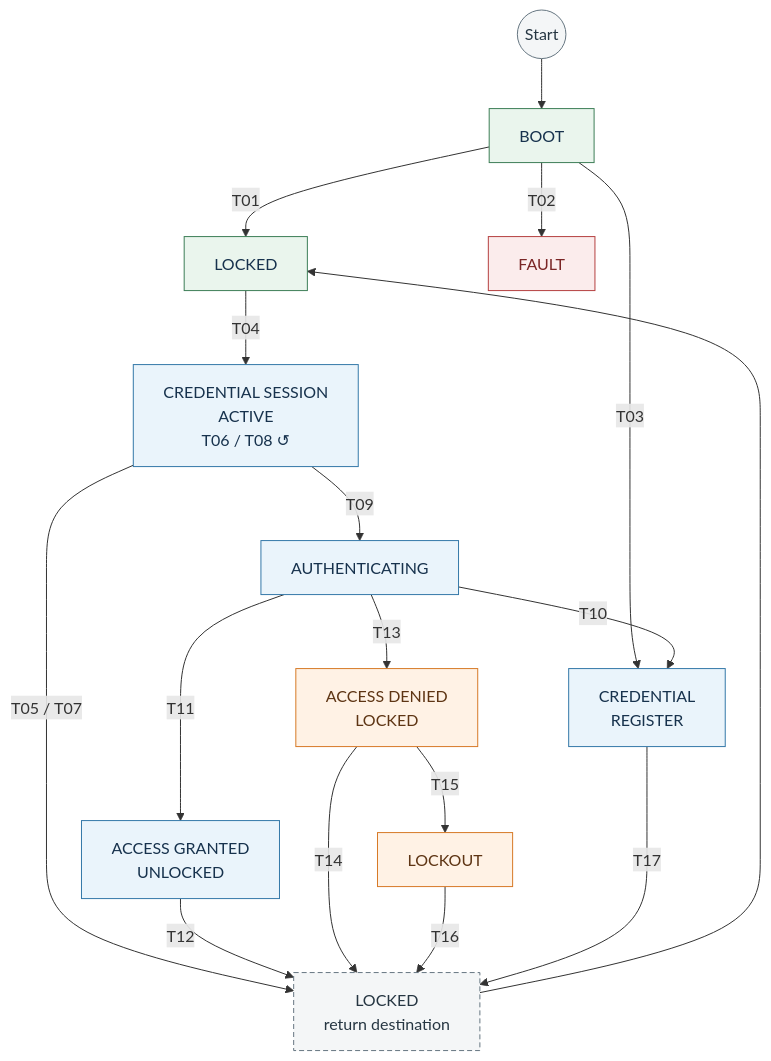
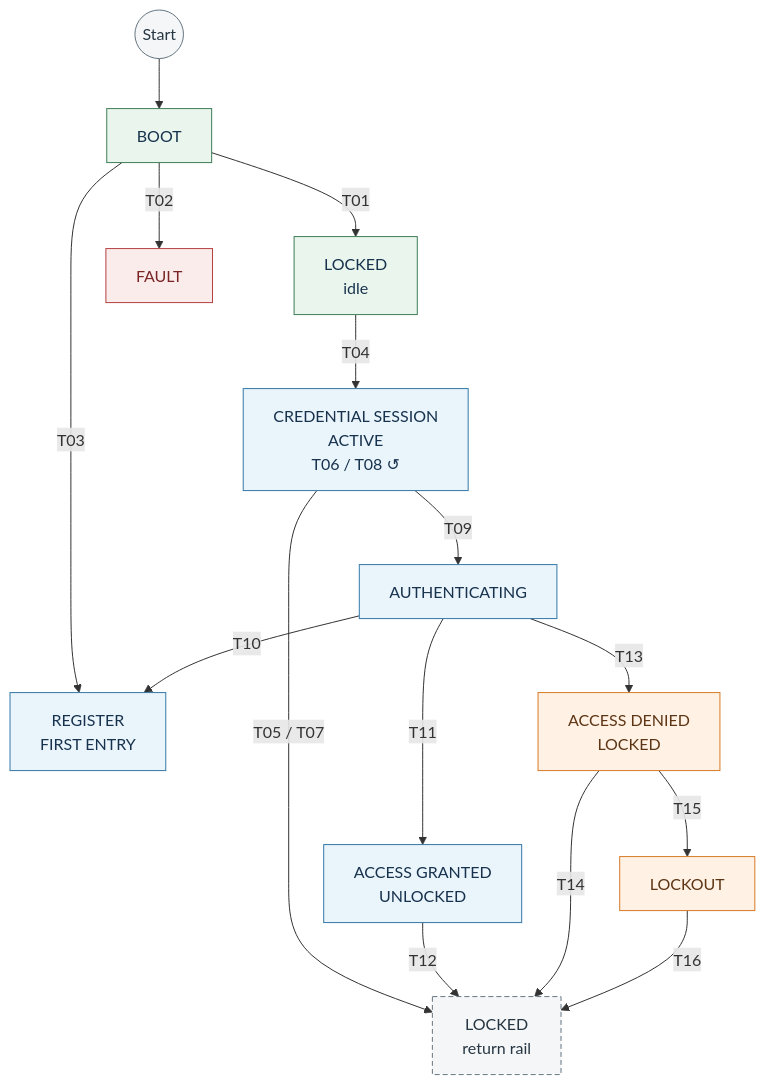
Before and after one commit to JP-REY/STM32F103C8T6-Based-Electronic-Lock: the second of 6 diagrams in Libs/Services/Lock_Control/README.md, drawn with Mermaid. The commit also changed other lines of this file and 8 other files, not shown here.

First line of the commit message:
feature(lock-control): integrate credential register flow into FSM

````diff
--- a/Libs/Services/Lock_Control/README.md
+++ b/Libs/Services/Lock_Control/README.md
@@ -429,37 +458,35 @@
 ```mermaid
 flowchart TB
     START((Start)) --> BOOT["BOOT"]
 
-    BOOT -->|T01| LOCKED["LOCKED"]
+    BOOT -->|T01| LOCKED["LOCKED<br/>idle"]
     BOOT -->|T02| FAULT["FAULT"]
-    BOOT -->|T03| REGISTER["CREDENTIAL<br/>REGISTER"]
+    BOOT -->|T03| FIRST["REGISTER<br/>FIRST ENTRY"]
 
     LOCKED -->|T04| ENTRY["CREDENTIAL SESSION<br/>ACTIVE<br/>T06 / T08 ↺"]
     ENTRY -->|T09| AUTH["AUTHENTICATING"]
-    ENTRY -->|"T05 / T07"| TO_LOCKED["LOCKED<br/>return destination"]
 
-    AUTH -->|T10| REGISTER
+    AUTH -->|T10| FIRST
     AUTH -->|T11| GRANTED["ACCESS GRANTED<br/>UNLOCKED"]
     AUTH -->|T13| DENIED["ACCESS DENIED<br/>LOCKED"]
 
-    GRANTED -->|T12| TO_LOCKED
-    DENIED -->|T14| TO_LOCKED
+    ENTRY -->|"T05 / T07"| RETURN["LOCKED<br/>return rail"]
+    GRANTED -->|T12| RETURN
+    DENIED -->|T14| RETURN
     DENIED -->|T15| LOCKOUT["LOCKOUT"]
-    LOCKOUT -->|T16| TO_LOCKED
-    REGISTER -->|T17| TO_LOCKED
-    TO_LOCKED --> LOCKED
+    LOCKOUT -->|T16| RETURN
 
     classDef initial fill:#f4f6f7,stroke:#667681,color:#263642
     classDef secure fill:#eaf5ed,stroke:#3d7e57,color:#17324d
     classDef active fill:#eaf4fb,stroke:#3478a8,color:#17324d
     classDef denied fill:#fff2e5,stroke:#d77a27,color:#5e3514
     classDef connector fill:#f4f6f7,stroke:#667681,color:#263642,stroke-dasharray: 5 3
     classDef fault fill:#fbecec,stroke:#b54040,color:#7a2525
 
     class START initial
     class BOOT,LOCKED secure
-    class ENTRY,AUTH,GRANTED,REGISTER active
+    class ENTRY,AUTH,GRANTED,FIRST active
     class DENIED,LOCKOUT denied
-    class TO_LOCKED connector
+    class RETURN connector
     class FAULT fault
 ```
````
